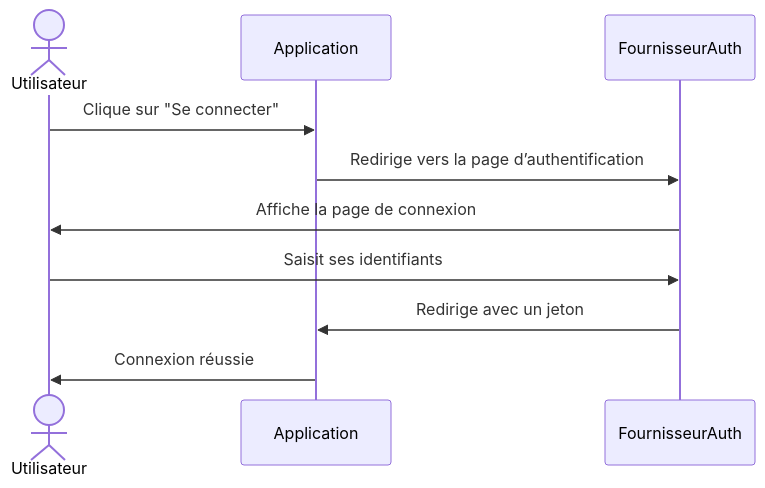
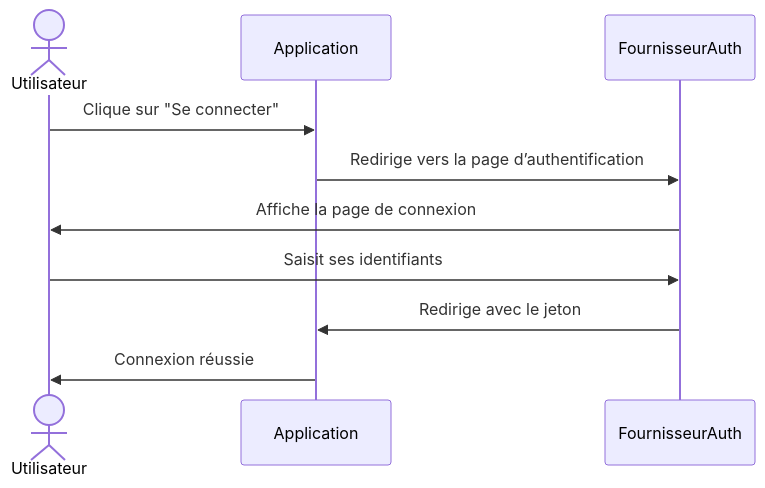
The first of 7 diagrams in i18n/fr/docusaurus-plugin-content-docs/current/use-cases/multi-tenancy/build-multi-tenant-saas-application.mdx (logto-io/docs), drawn with Mermaid before and after one commit. The commit also changed other lines of this file and 74 other files, not shown here.

````diff
--- a/i18n/fr/docusaurus-plugin-content-docs/current/use-cases/multi-tenancy/build-multi-tenant-saas-application.mdx
+++ b/i18n/fr/docusaurus-plugin-content-docs/current/use-cases/multi-tenancy/build-multi-tenant-saas-application.mdx
@@ -186,13 +186,13 @@
 ```mermaid
 sequenceDiagram
   actor u as Utilisateur
   participant a as Application
   participant auth as FournisseurAuth
 
   u->>a: Clique sur "Se connecter"
   a->>auth: Redirige vers la page d’authentification
   auth->>u: Affiche la page de connexion
   u->>auth: Saisit ses identifiants
-  auth->>a: Redirige avec un jeton
+  auth->>a: Redirige avec le jeton
   a->>u: Connexion réussie
 ```
````
